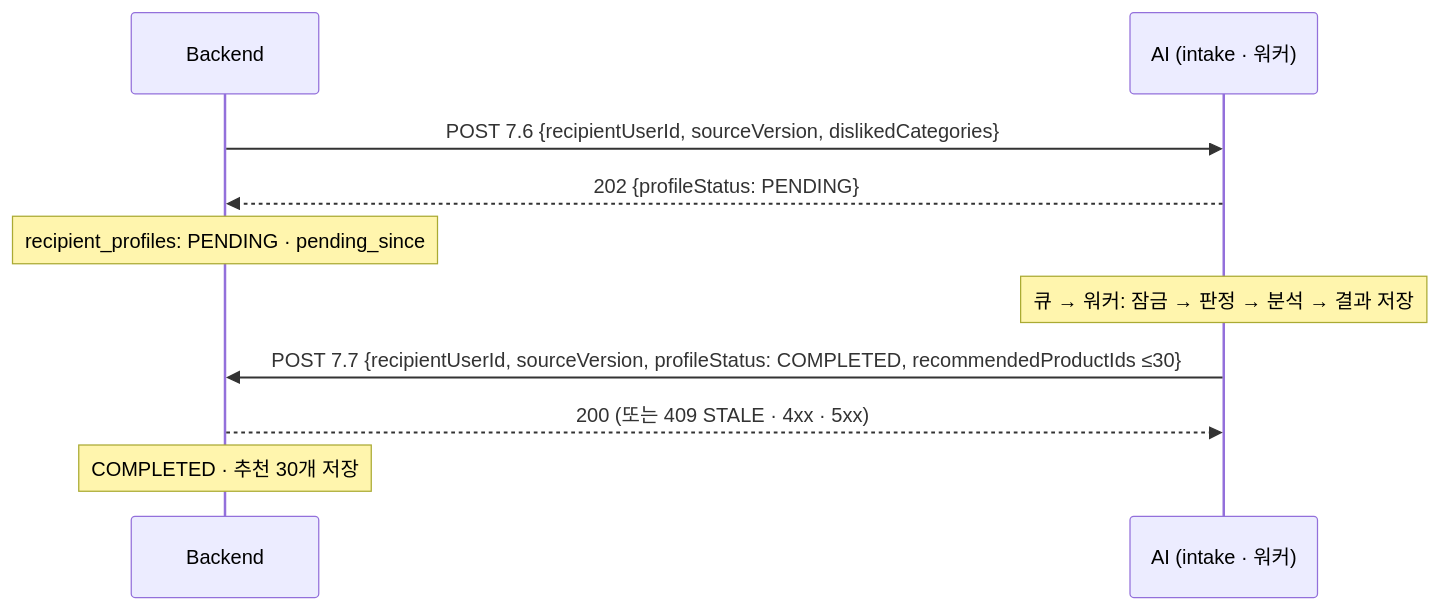
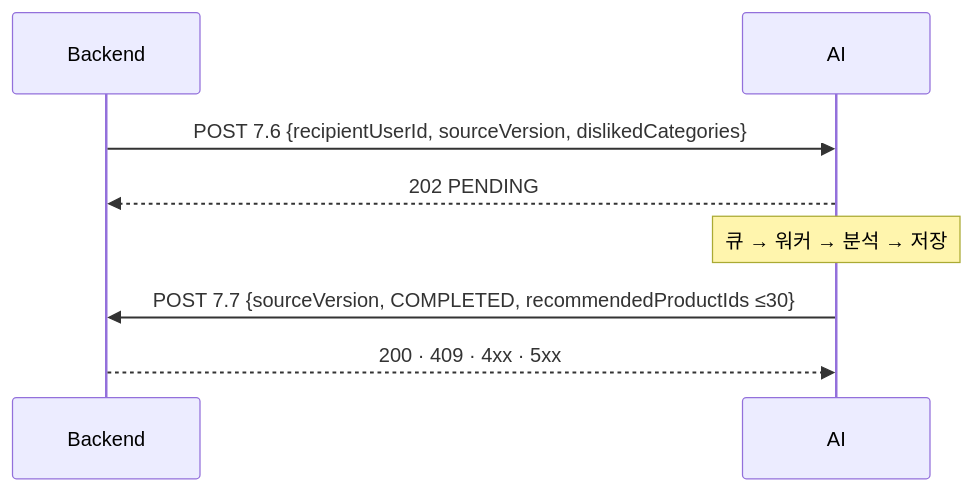
The first of 2 diagrams in profiling/docs/학습_가이드/04_통신.md (100-hours-a-week/KTB4-12th-AI), drawn with Mermaid before and after one commit. The commit also changed other lines of this file and 70 other files, not shown here.

````diff
--- a/profiling/docs/학습_가이드/04_통신.md
+++ b/profiling/docs/학습_가이드/04_통신.md
@@ -28,12 +28,10 @@
 ```mermaid
 sequenceDiagram
   participant BE as Backend
-  participant AI as AI (intake · 워커)
+  participant AI as AI
   BE->>AI: POST 7.6 {recipientUserId, sourceVersion, dislikedCategories}
-  AI-->>BE: 202 {profileStatus: PENDING}
-  Note over BE: recipient_profiles: PENDING · pending_since
-  Note over AI: 큐 → 워커: 잠금 → 판정 → 분석 → 결과 저장
-  AI->>BE: POST 7.7 {recipientUserId, sourceVersion, profileStatus: COMPLETED, recommendedProductIds ≤30}
-  BE-->>AI: 200 (또는 409 STALE · 4xx · 5xx)
-  Note over BE: COMPLETED · 추천 30개 저장
+  AI-->>BE: 202 PENDING
+  Note over AI: 큐 → 워커 → 분석 → 저장
+  AI->>BE: POST 7.7 {sourceVersion, COMPLETED, recommendedProductIds ≤30}
+  BE-->>AI: 200 · 409 · 4xx · 5xx
 ```
````
